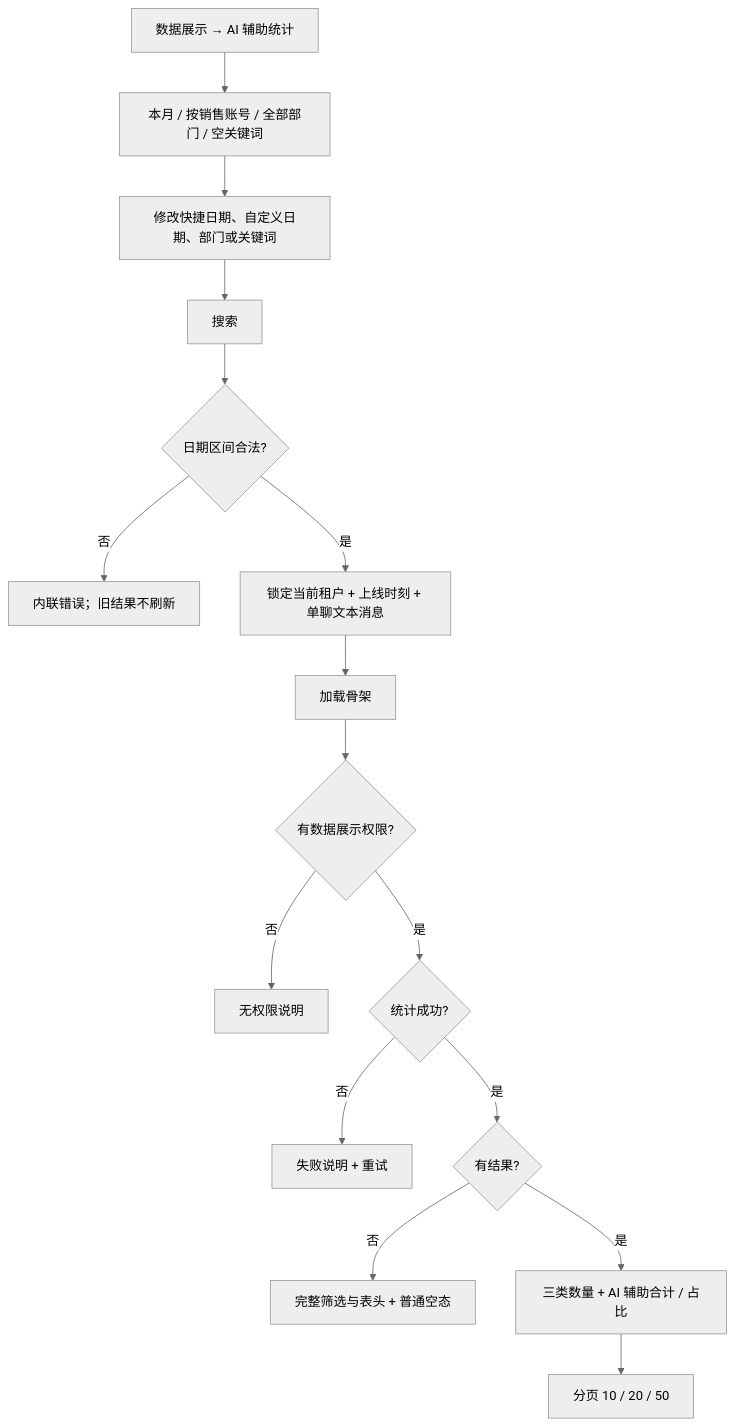
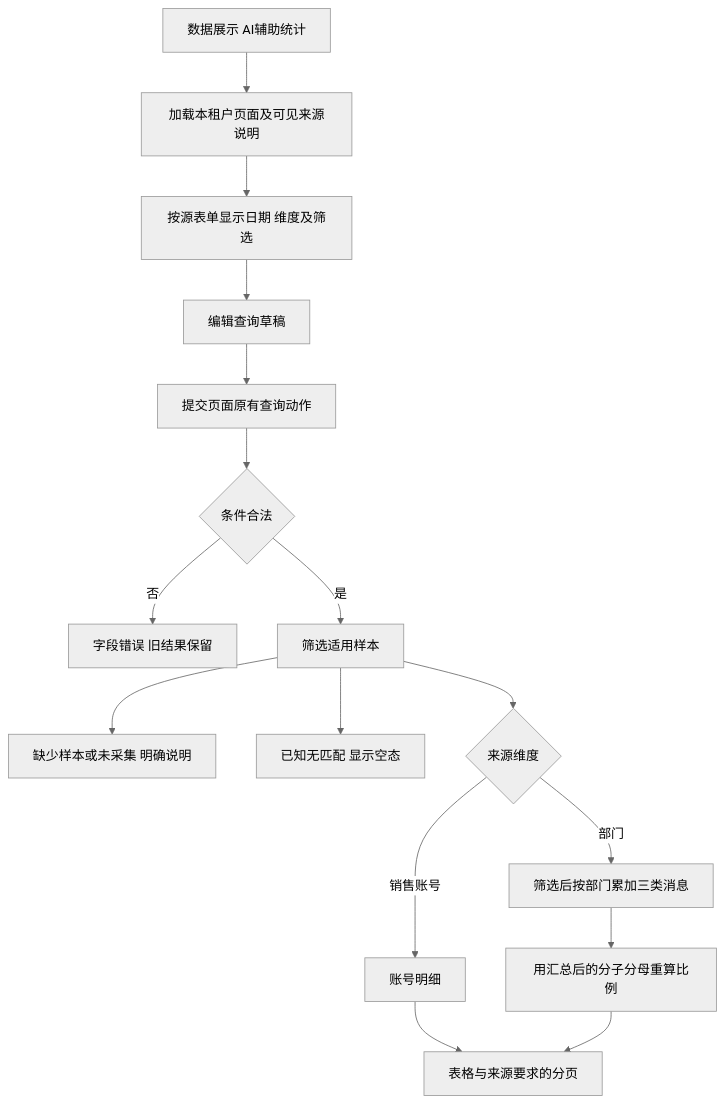
The first of 2 diagrams in flowcharts/ai-assisted-message-stats.md (xfang9528-glitch/suiyin-admin), drawn with Mermaid (neutral theme) before and after one commit. The commit also changed other lines of this file and 195 other files, not shown here.

````diff
--- a/flowcharts/ai-assisted-message-stats.md
+++ b/flowcharts/ai-assisted-message-stats.md
@@ -11,18 +7,18 @@
 ```mermaid
 flowchart TD
-    Enter[数据展示 → AI 辅助统计] --> Defaults[本月 / 按销售账号 / 全部部门 / 空关键词]
-    Defaults --> Edit[修改快捷日期、自定义日期、部门或关键词]
-    Edit --> Search[搜索]
-    Search --> Valid{日期区间合法?}
-    Valid -->|否| DateError[内联错误；旧结果不刷新]
-    Valid -->|是| Scope[锁定当前租户 + 上线时刻 + 单聊文本消息]
-    Scope --> Loading[加载骨架]
-    Loading --> Permission{有数据展示权限?}
-    Permission -->|否| Denied[无权限说明]
-    Permission -->|是| Success{统计成功?}
-    Success -->|否| Error[失败说明 + 重试]
-    Success -->|是| Rows{有结果?}
-    Rows -->|否| Empty[完整筛选与表头 + 普通空态]
-    Rows -->|是| Table[三类数量 + AI 辅助合计 / 占比]
-    Table --> Page[分页 10 / 20 / 50]
+    Enter[数据展示 AI辅助统计] --> Source[加载本租户页面及可见来源说明]
+    Source --> Form[按源表单显示日期 维度及筛选]
+    Form --> Draft[编辑查询草稿]
+    Draft --> Submit[提交页面原有查询动作]
+    Submit --> Valid{条件合法}
+    Valid -->|否| Error[字段错误 旧结果保留]
+    Valid -->|是| Rows[筛选适用样本]
+    Rows --> Missing[缺少样本或未采集 明确说明]
+    Rows --> Empty[已知无匹配 显示空态]
+    Rows --> Mode{来源维度}
+    Mode -->|销售账号| Accounts[账号明细]
+    Mode -->|部门| Sum[筛选后按部门累加三类消息]
+    Sum --> Ratio[用汇总后的分子分母重算比例]
+    Accounts --> Result[表格与来源要求的分页]
+    Ratio --> Result
 ```
````
